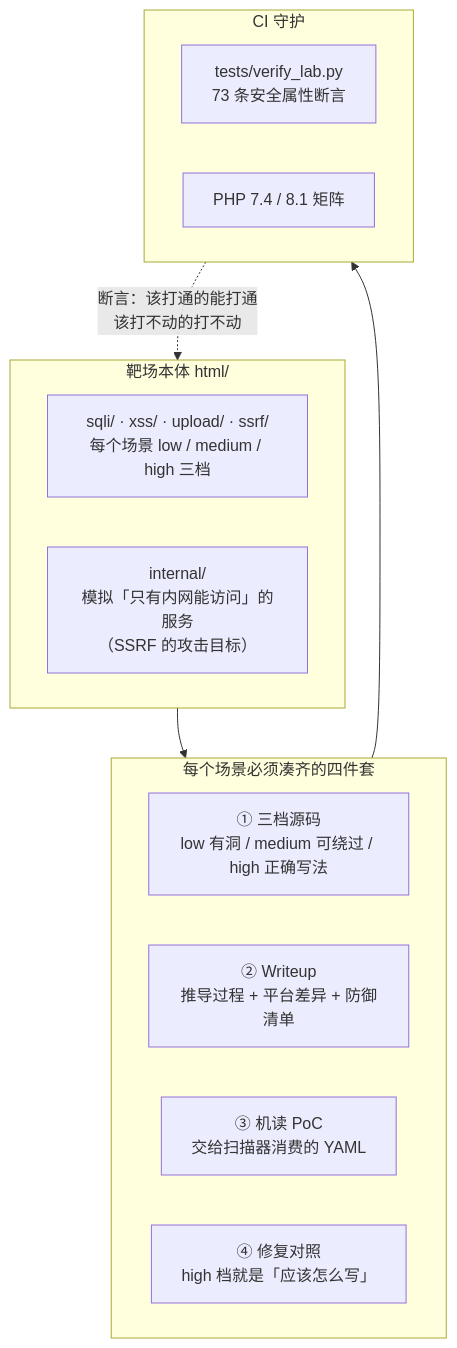
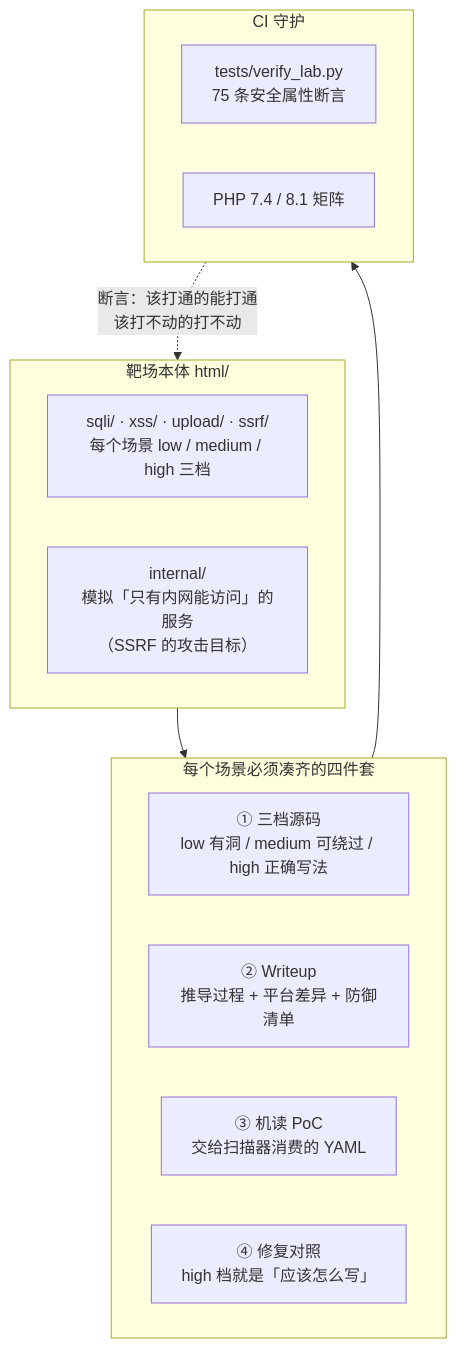
The diagram in README.md (hediwen831-star/vulnlab), drawn with Mermaid before and after one commit. The commit also changed other lines of this file and 3 other files, not shown here.

````diff
--- a/README.md
+++ b/README.md
@@ -88,24 +88,24 @@
 ```mermaid
 flowchart TB
     subgraph LAB["靶场本体 html/"]
         L1["sqli/ · xss/ · upload/ · ssrf/<br/>每个场景 low / medium / high 三档"]
         L2["internal/<br/>模拟「只有内网能访问」的服务<br/>（SSRF 的攻击目标）"]
     end
 
     subgraph SET["每个场景必须凑齐的四件套"]
         direction LR
         A1["① 三档源码<br/>low 有洞 / medium 可绕过 / high 正确写法"]
         A2["② Writeup<br/>推导过程 + 平台差异 + 防御清单"]
         A3["③ 机读 PoC<br/>交给扫描器消费的 YAML"]
         A4["④ 修复对照<br/>high 档就是「应该怎么写」"]
     end
 
     subgraph CI["CI 守护"]
-        C1["tests/verify_lab.py<br/>73 条安全属性断言"]
+        C1["tests/verify_lab.py<br/>75 条安全属性断言"]
         C2["PHP 7.4 / 8.1 矩阵"]
     end
 
     LAB --> SET
     SET --> CI
     CI -. "断言：该打通的能打通<br/>该打不动的打不动" .-> LAB
 ```
````
